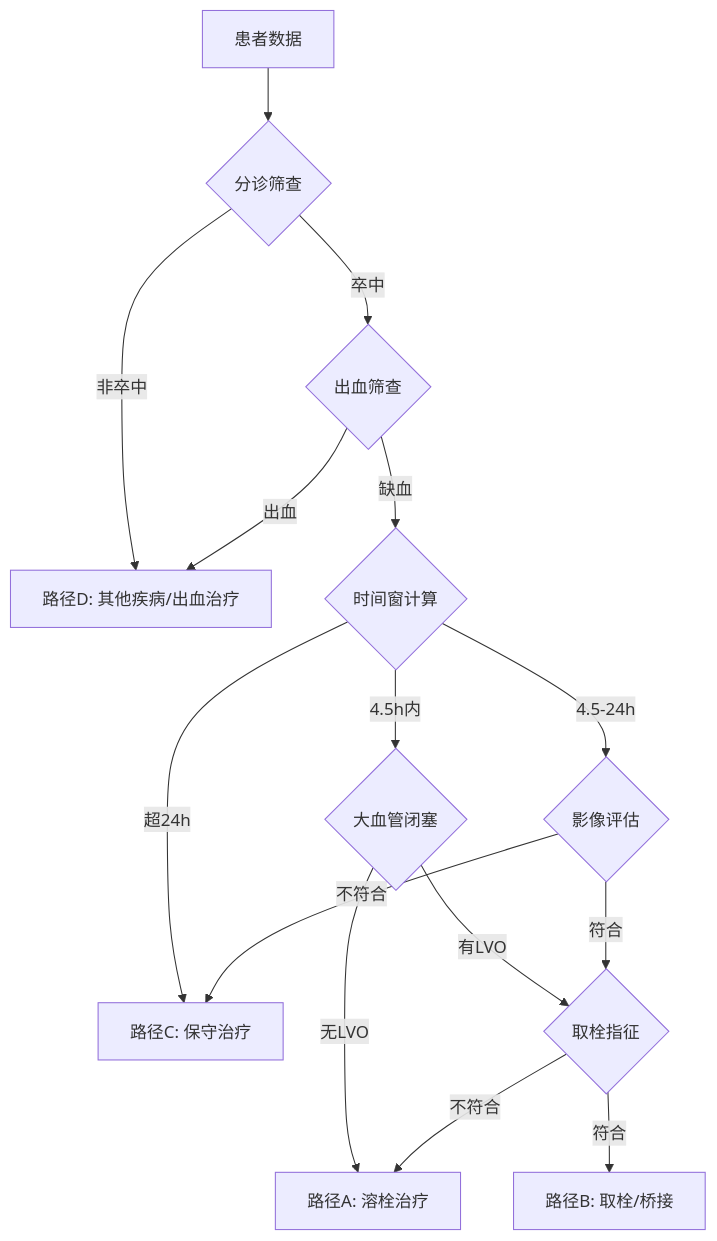
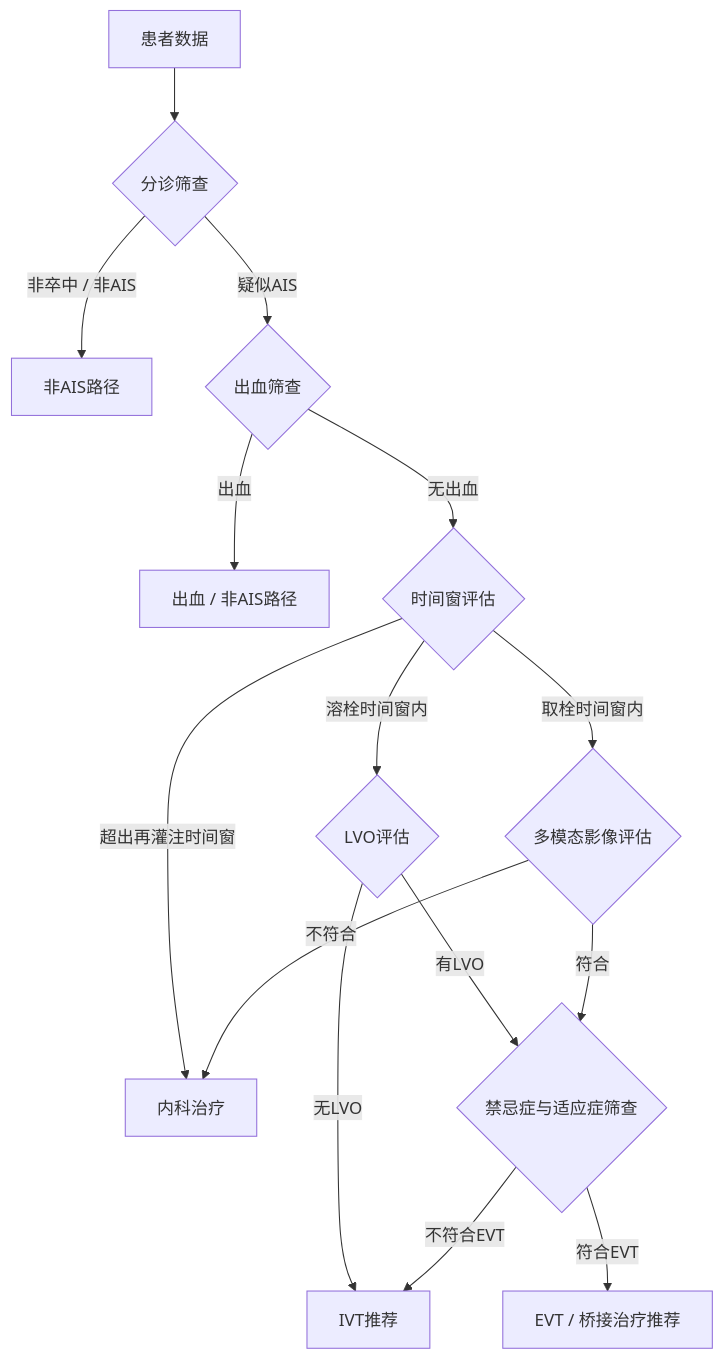
One commit to lz-code-2844/Stroke-CDSS changed the second of 2 diagrams in README_CN.md. Above: the diagram before and after it, drawn with Mermaid. The commit also changed other lines of this file and 2 other files, not shown here.

````diff
--- a/README_CN.md
+++ b/README_CN.md
@@ -127,17 +82,17 @@
 ```mermaid
 graph TD
     A[患者数据] --> B{分诊筛查}
-    B -->|卒中| C{出血筛查}
-    B -->|非卒中| D[路径D: 其他疾病/出血治疗]
-    C -->|出血| D
-    C -->|缺血| F{时间窗计算}
-    F -->|超24h| H[路径C: 保守治疗]
-    F -->|4.5h内| I{大血管闭塞}
-    F -->|4.5-24h| J{影像评估}
-    I -->|无LVO| K[路径A: 溶栓治疗]
-    I -->|有LVO| L{取栓指征}
-    J -->|不符合| H
-    J -->|符合| L
-    L -->|符合| M[路径B: 取栓/桥接]
-    L -->|不符合| K
+    B -->|非卒中 / 非AIS| D[非AIS路径]
+    B -->|疑似AIS| C{出血筛查}
+    C -->|出血| D2[出血 / 非AIS路径]
+    C -->|无出血| F{时间窗评估}
+    F -->|超出再灌注时间窗| M[内科治疗]
+    F -->|溶栓时间窗内| I{LVO评估}
+    F -->|取栓时间窗内| J{多模态影像评估}
+    I -->|无LVO| V[IVT推荐]
+    I -->|有LVO| R{禁忌症与适应症筛查}
+    J -->|不符合| M
+    J -->|符合| R
+    R -->|符合EVT| E[EVT / 桥接治疗推荐]
+    R -->|不符合EVT| V
 ```
````
